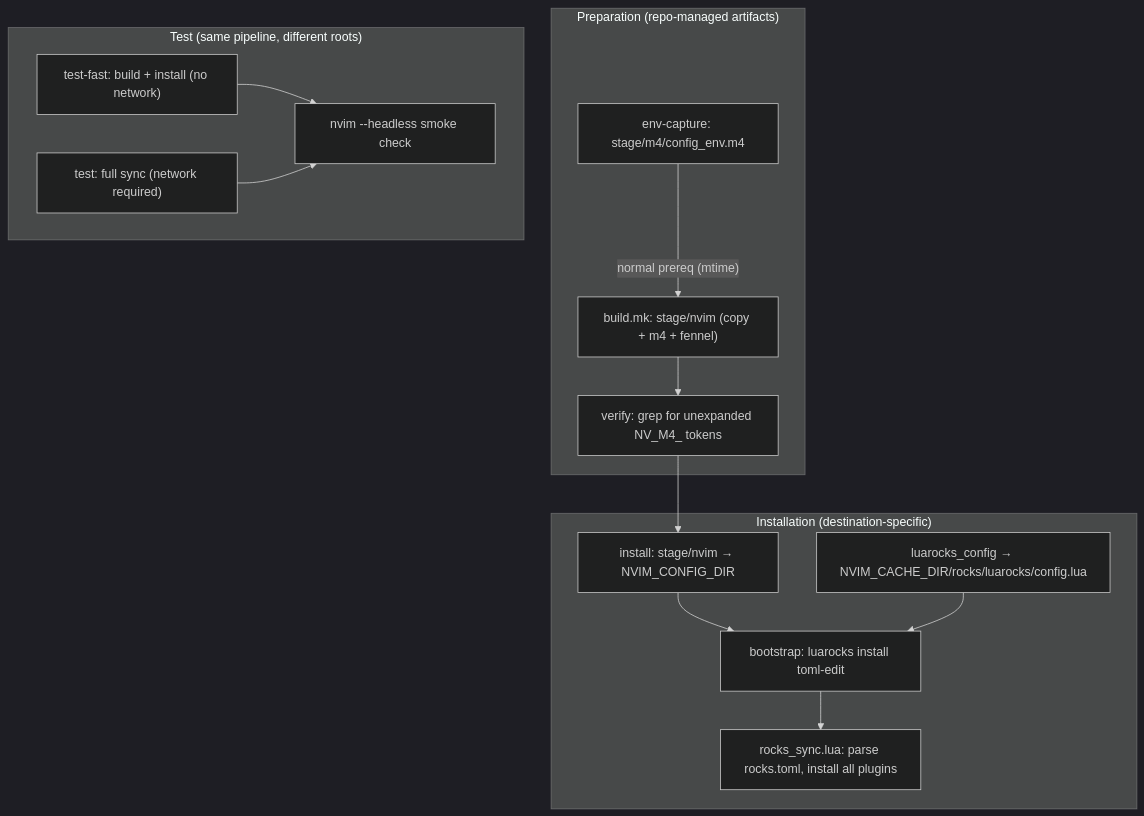
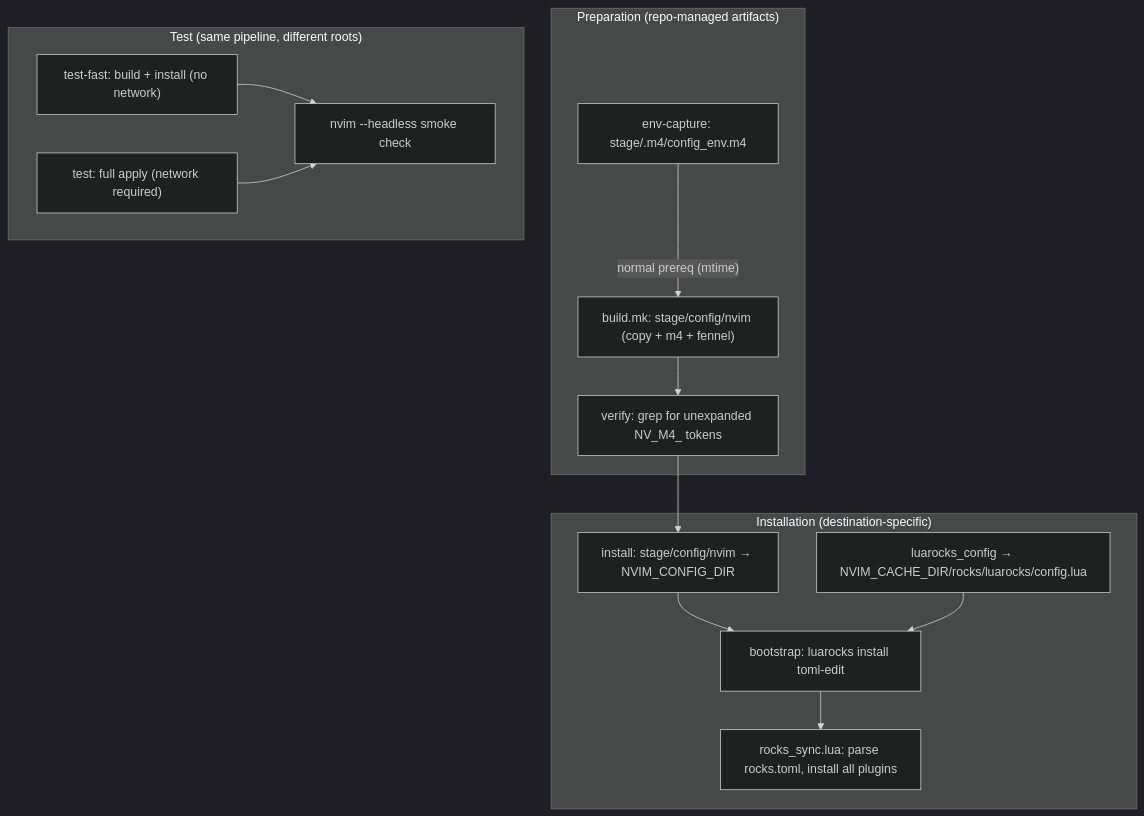
The diagram in design.md (andrewjstryker/nvim), drawn with Mermaid (dark theme) before and after one commit. The commit also changed other lines of this file and 2 other files, not shown here.

````diff
--- a/design.md
+++ b/design.md
@@ -642,27 +643,27 @@
 ```mermaid
 flowchart TD
   subgraph Prep["Preparation (repo-managed artifacts)"]
-    E["env-capture: stage/m4/config_env.m4"]
-    E -->|"normal prereq (mtime)"| B["build.mk: stage/nvim (copy + m4 + fennel)"]
+    E["env-capture: stage/.m4/config_env.m4"]
+    E -->|"normal prereq (mtime)"| B["build.mk: stage/config/nvim (copy + m4 + fennel)"]
     B --> V["verify: grep for unexpanded NV_M4_ tokens"]
   end
 
   subgraph Install["Installation (destination-specific)"]
-    I["install: stage/nvim → NVIM_CONFIG_DIR"]
+    I["install: stage/config/nvim → NVIM_CONFIG_DIR"]
     LR["luarocks_config → NVIM_CACHE_DIR/rocks/luarocks/config.lua"]
     BT["bootstrap: luarocks install toml-edit"]
     SY["rocks_sync.lua: parse rocks.toml, install all plugins"]
     I --> BT
     LR --> BT
     BT --> SY
   end
 
   V --> I
 
   subgraph Test["Test (same pipeline, different roots)"]
     TF["test-fast: build + install (no network)"]
-    T["test: full sync (network required)"]
+    T["test: full apply (network required)"]
     TF --> TS["nvim --headless smoke check"]
     T --> TS
   end
 ```
````
